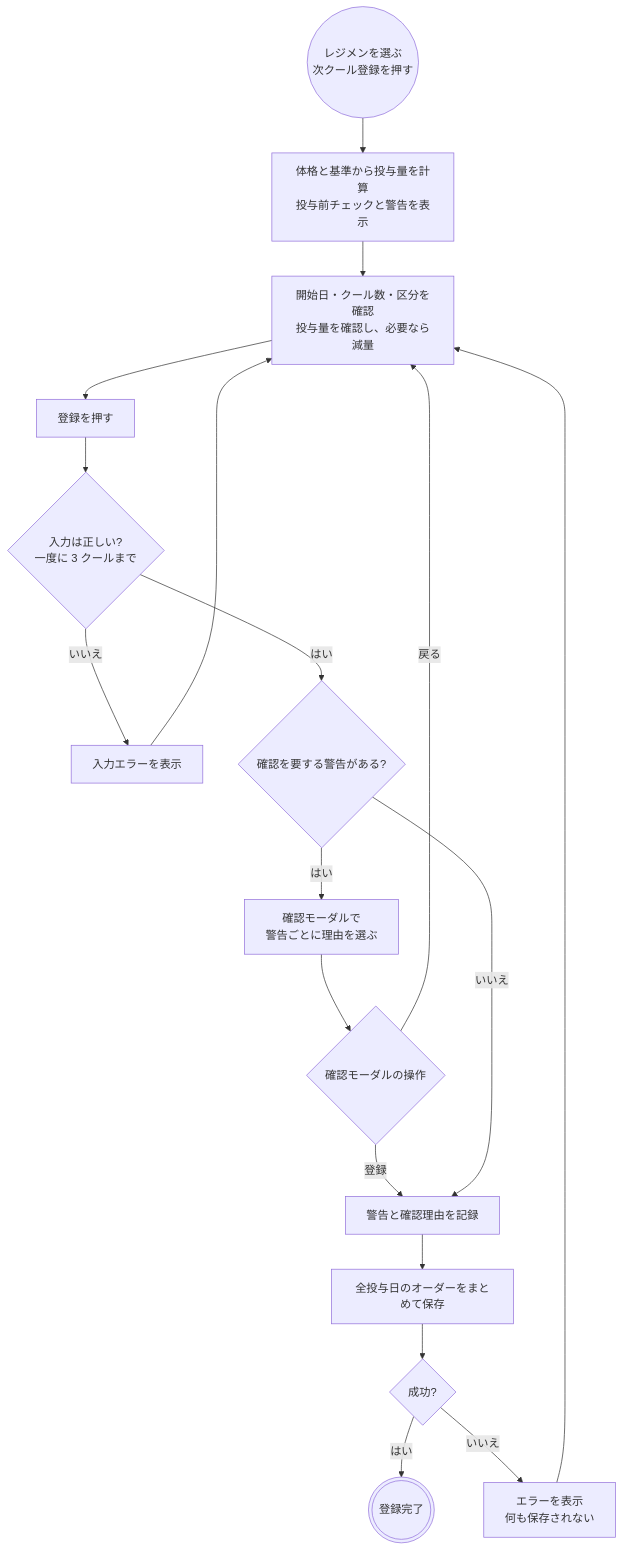
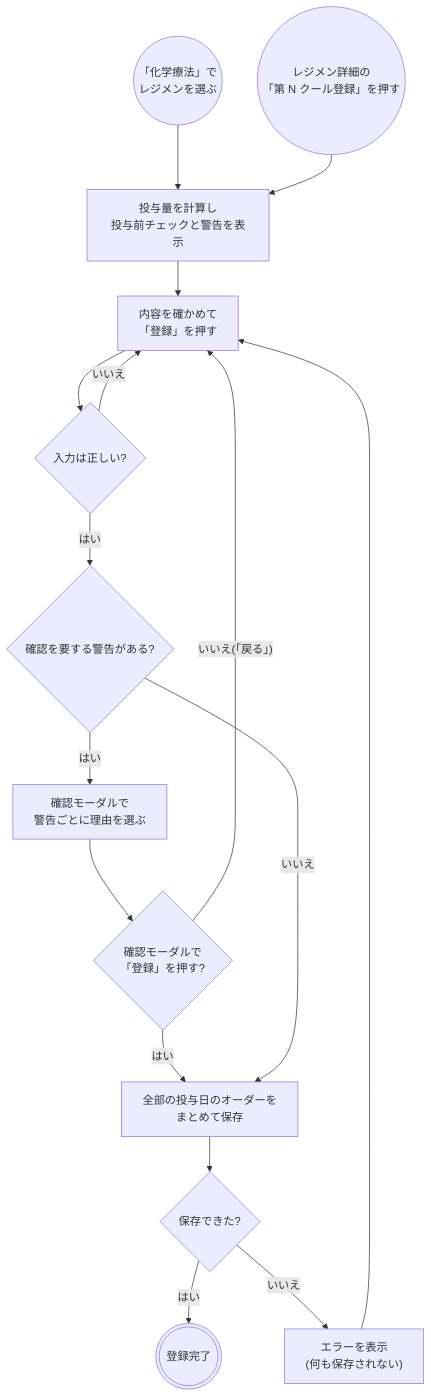
The second of 3 diagrams in docs/flows/chemotherapy.md (ysnr-dev/fhir-client-docs), drawn with Mermaid before and after one commit. The commit also changed other lines of this file and 43 other files, not shown here.

Commit message:
docs: 業務フローとシーケンス図を写し直し

````diff
--- a/docs/flows/chemotherapy.md
+++ b/docs/flows/chemotherapy.md
@@ -105,28 +102,27 @@
 ```mermaid
 flowchart TD
-  open(("レジメンを選ぶ<br/>次クール登録を押す"))
-  calc["体格と基準から投与量を計算<br/>投与前チェックと警告を表示"]
-  input["開始日・クール数・区分を確認<br/>投与量を確認し、必要なら減量"]
-  submit["登録を押す"]
-  valid{"入力は正しい?<br/>一度に 3 クールまで"}
-  validError["入力エラーを表示"]
+  openApply(("「化学療法」で<br/>レジメンを選ぶ"))
+  openCycle(("レジメン詳細の<br/>「第 N クール登録」を押す"))
+  calc["投与量を計算し<br/>投与前チェックと警告を表示"]
+  input["内容を確かめて<br/>「登録」を押す"]
+  valid{"入力は正しい?"}
   confirm{"確認を要する警告がある?"}
   modal["確認モーダルで<br/>警告ごとに理由を選ぶ"]
-  choice{"確認モーダルの操作"}
-  ledger["警告と確認理由を記録"]
-  send["全投与日のオーダーをまとめて保存"]
-  result{"成功?"}
-  failed["エラーを表示<br/>何も保存されない"]
+  choice{"確認モーダルで<br/>「登録」を押す?"}
+  send["全部の投与日のオーダーを<br/>まとめて保存"]
+  result{"保存できた?"}
+  failed["エラーを表示<br/>(何も保存されない)"]
   done((("登録完了")))
 
-  open --> calc --> input --> submit --> valid
-  valid -- "いいえ" --> validError --> input
+  openApply --> calc
+  openCycle --> calc
+  calc --> input --> valid
+  valid -- "いいえ" --> input
   valid -- "はい" --> confirm
   confirm -- "はい" --> modal --> choice
-  choice -- "戻る" --> input
-  choice -- "登録" --> ledger
-  confirm -- "いいえ" --> ledger
-  ledger --> send --> result
+  choice -- "いいえ(「戻る」)" --> input
+  choice -- "はい" --> send
+  confirm -- "いいえ" --> send --> result
   result -- "はい" --> done
   result -- "いいえ" --> failed --> input
 ```
````
